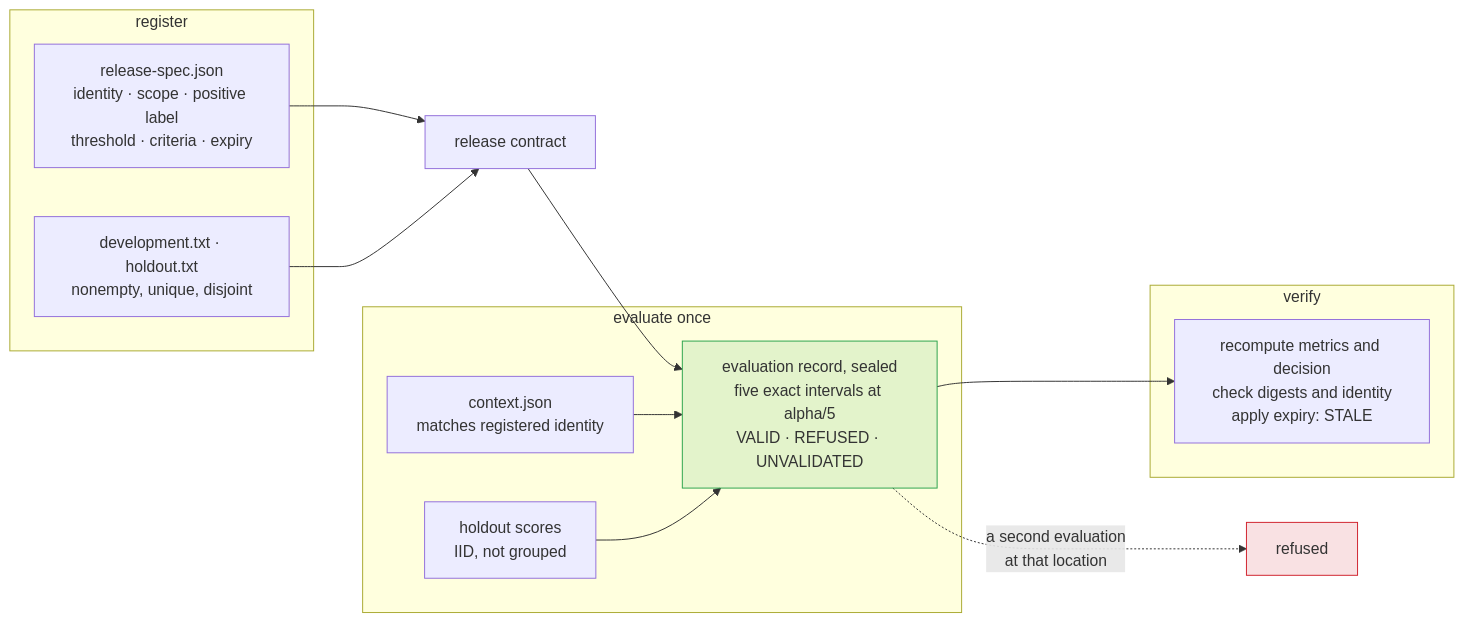
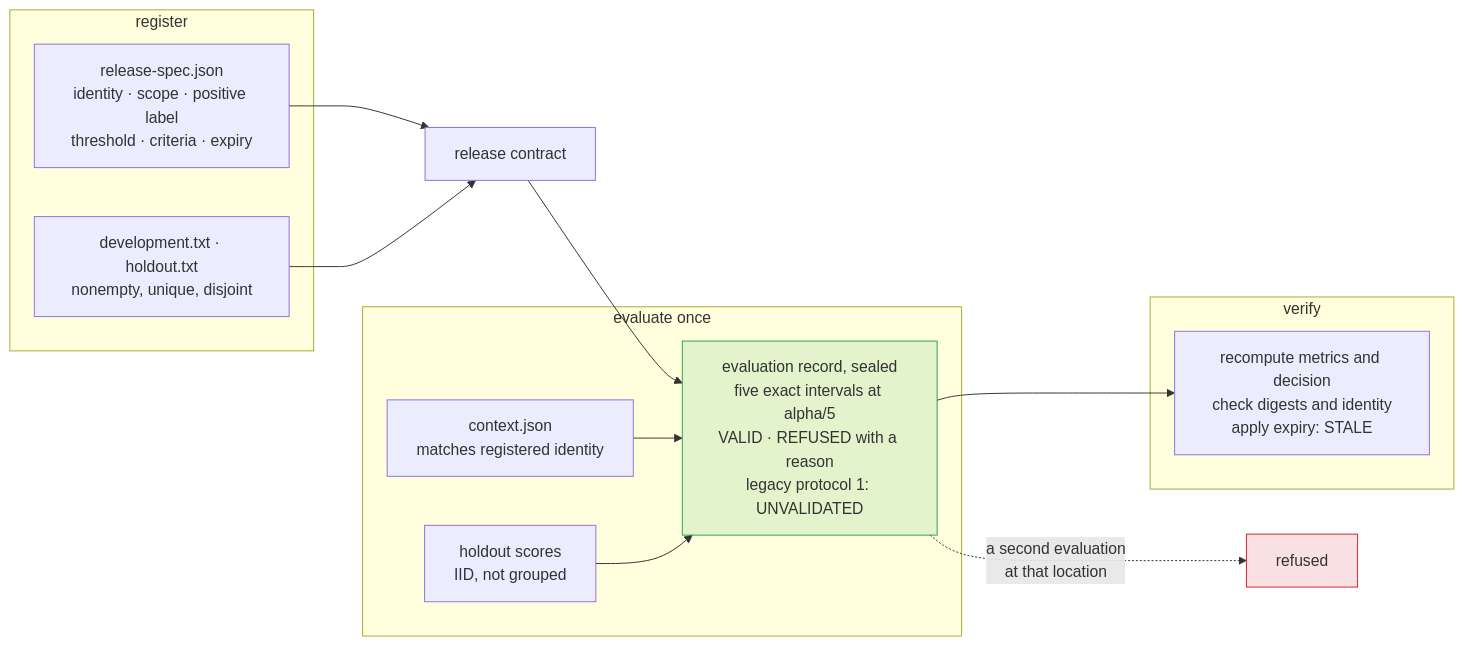
One commit to Aditya26189/Warrant changed diagram 14 of 15 in docs/DIAGRAMS.md. Above: the diagram before and after it, drawn with Mermaid. The commit also changed 8 other files, not shown here.

````diff
--- a/docs/DIAGRAMS.md
+++ b/docs/DIAGRAMS.md
@@ -560,23 +560,23 @@
 ```mermaid
 flowchart LR
     subgraph REG["register"]
         SP["release-spec.json<br/>identity · scope · positive label<br/>threshold · criteria · expiry"]
         IDS["development.txt · holdout.txt<br/>nonempty, unique, disjoint"]
     end
     subgraph EV["evaluate once"]
         CT["context.json<br/>matches registered identity"]
         HS["holdout scores<br/>IID, not grouped"]
-        OUT["evaluation record, sealed<br/>five exact intervals at alpha/5<br/>VALID · REFUSED · UNVALIDATED"]
+        OUT["evaluation record, sealed<br/>five exact intervals at alpha/5<br/>VALID · REFUSED with a reason<br/>legacy protocol 1: UNVALIDATED"]
     end
     subgraph VF["verify"]
         RE["recompute metrics and decision<br/>check digests and identity<br/>apply expiry: STALE"]
     end
 
     SP & IDS --> K["release contract"] --> OUT
     CT & HS --> OUT
     OUT --> RE
     OUT -.->|"a second evaluation<br/>at that location"| X["refused"]
 
     style X fill:#d1242f22,stroke:#d1242f
     style OUT fill:#2da44e22,stroke:#2da44e
 ```
````
